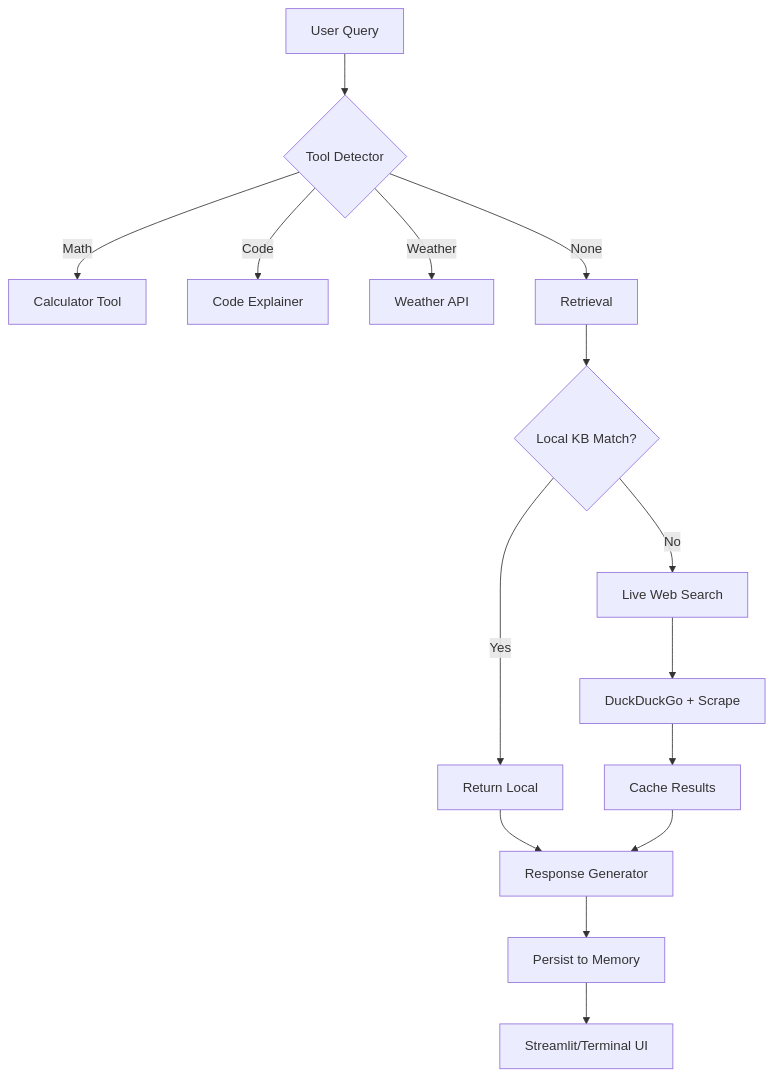
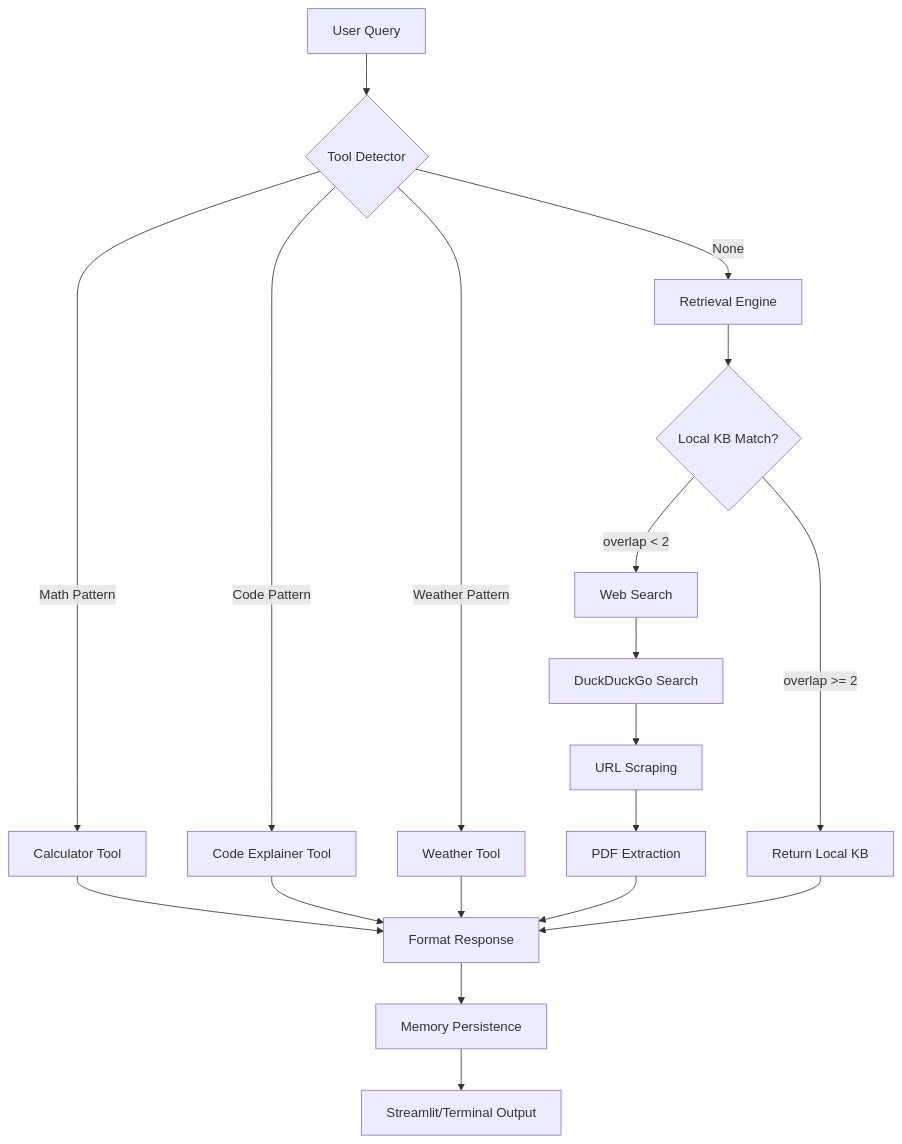
One commit to Anirudh-2810/Second-Brain changed the diagram in wiki/00-Current-Projects/web-access-ai.md. Above: the diagram before and after it, drawn with Mermaid. The commit also changed other lines of this file and 8 other files, not shown here.

````diff
--- a/wiki/00-Current-Projects/web-access-ai.md
+++ b/wiki/00-Current-Projects/web-access-ai.md
@@ -27,17 +28,25 @@
 ```mermaid
 flowchart TD
     A[User Query] --> B{Tool Detector}
-    B -->|Math| C[Calculator Tool]
-    B -->|Code| D[Code Explainer]
-    B -->|Weather| E[Weather API]
-    B -->|None| F[Retrieval]
+    B -->|Math Pattern| C[Calculator Tool]
+    B -->|Code Pattern| D[Code Explainer Tool]
+    B -->|Weather Pattern| E[Weather Tool]
+    B -->|None| F[Retrieval Engine]
+    
+    C --> Z[Format Response]
+    D --> Z
+    E --> Z
+    
     F --> G{Local KB Match?}
-    G -->|Yes| H[Return Local]
-    G -->|No| I[Live Web Search]
-    I --> J[DuckDuckGo + Scrape]
-    J --> K[Cache Results]
-    H --> L[Response Generator]
-    K --> L
-    L --> M[Persist to Memory]
-    M --> N[Streamlit/Terminal UI]
+    G -->|overlap >= 2| H[Return Local KB]
+    G -->|overlap < 2| I[Web Search]
+    
+    I --> J[DuckDuckGo Search]
+    J --> K[URL Scraping]
+    K --> L[PDF Extraction]
+    L --> Z
+    
+    H --> Z
+    Z --> M[Memory Persistence]
+    M --> N[Streamlit/Terminal Output]
 ```
````
